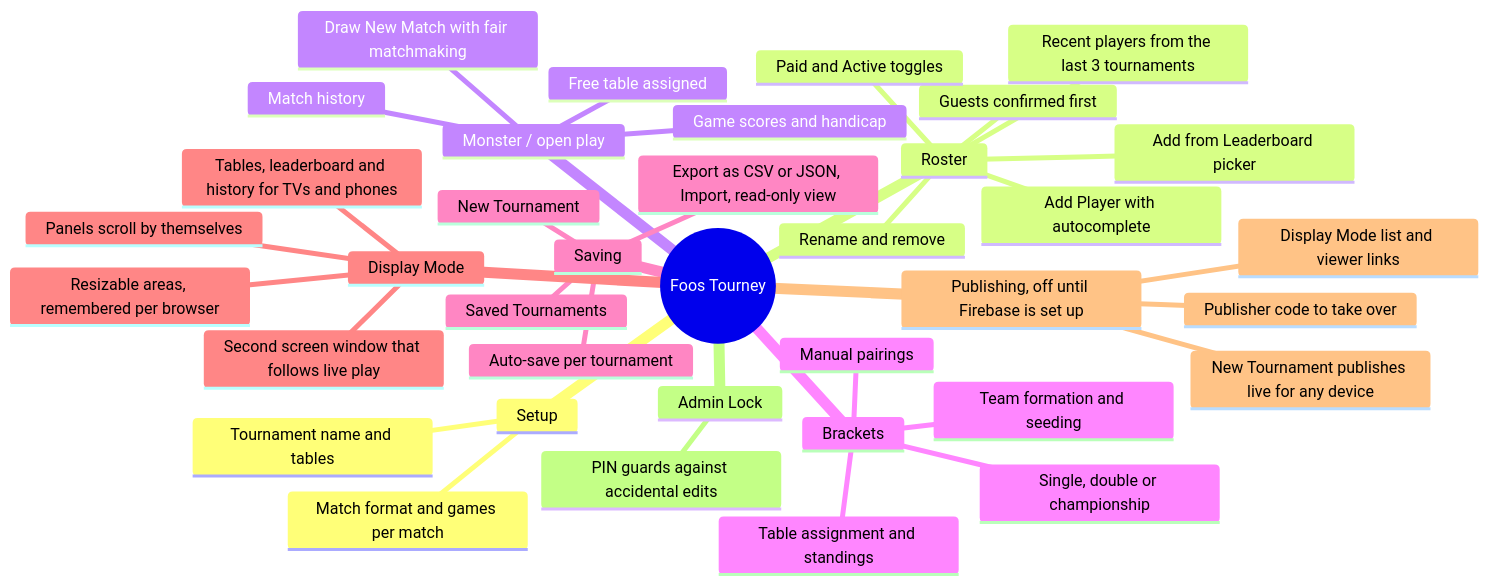
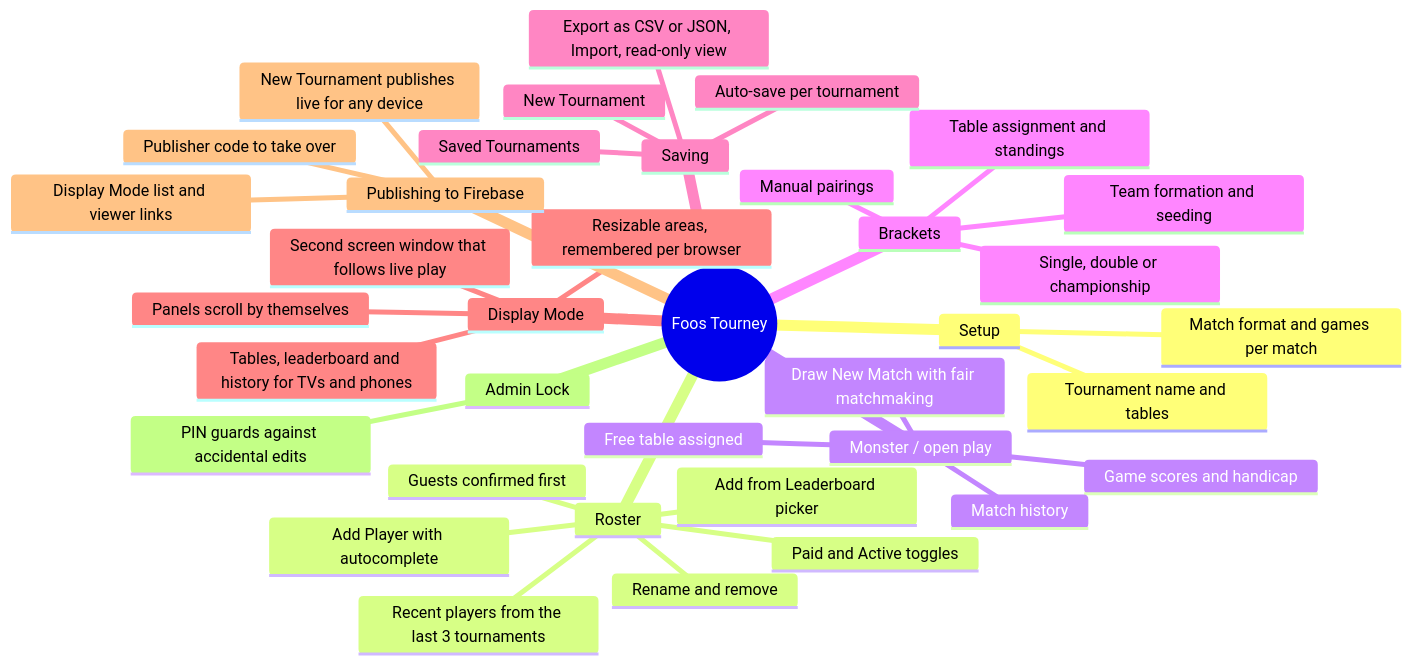
The first of 7 diagrams in README.md (DT209/foos-tourney), drawn with Mermaid before and after one commit. The commit also changed other lines of this file and 2 other files, not shown here.

Commit message:
Docs: publishing is on, using the foos-tourney project

````diff
--- a/README.md
+++ b/README.md
@@ -8,40 +8,40 @@
 ```mermaid
 mindmap
   root((Foos Tourney))
     Setup
       Tournament name and tables
       Match format and games per match
     Roster
       Add Player with autocomplete
       Add from Leaderboard picker
       Recent players from the last 3 tournaments
       Guests confirmed first
       Paid and Active toggles
       Rename and remove
     Monster / open play
       Draw New Match with fair matchmaking
       Free table assigned
       Game scores and handicap
       Match history
     Brackets
       Single, double or championship
       Team formation and seeding
       Manual pairings
       Table assignment and standings
     Saving
       Auto-save per tournament
       New Tournament
       Saved Tournaments
       Export as CSV or JSON, Import, read-only view
     Display Mode
       Tables, leaderboard and history for TVs and phones
       Panels scroll by themselves
       Second screen window that follows live play
       Resizable areas, remembered per browser
-    Publishing, off until Firebase is set up
+    Publishing to Firebase
       New Tournament publishes live for any device
       Display Mode list and viewer links
       Publisher code to take over
     Admin Lock
       PIN guards against accidental edits
 ```
````
